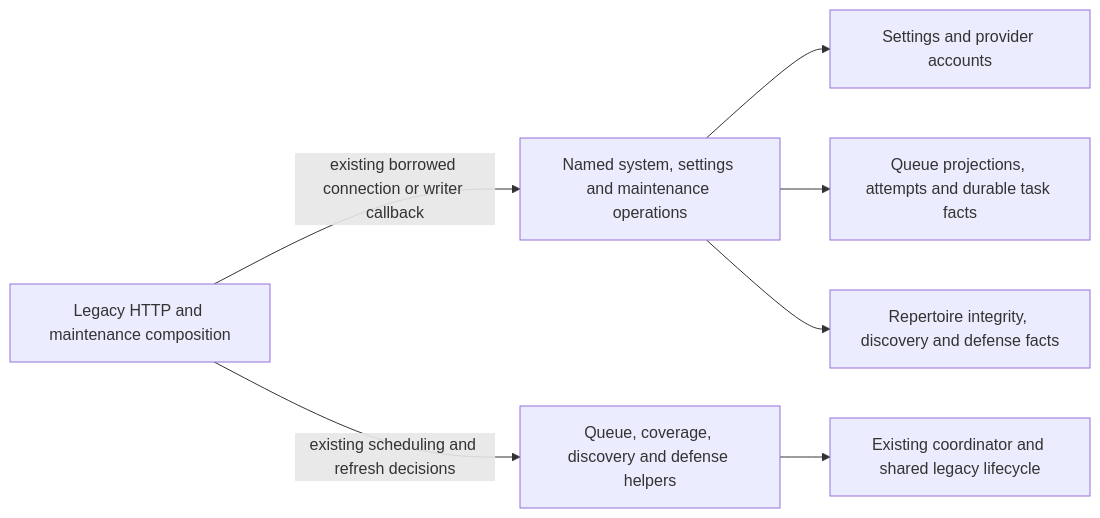
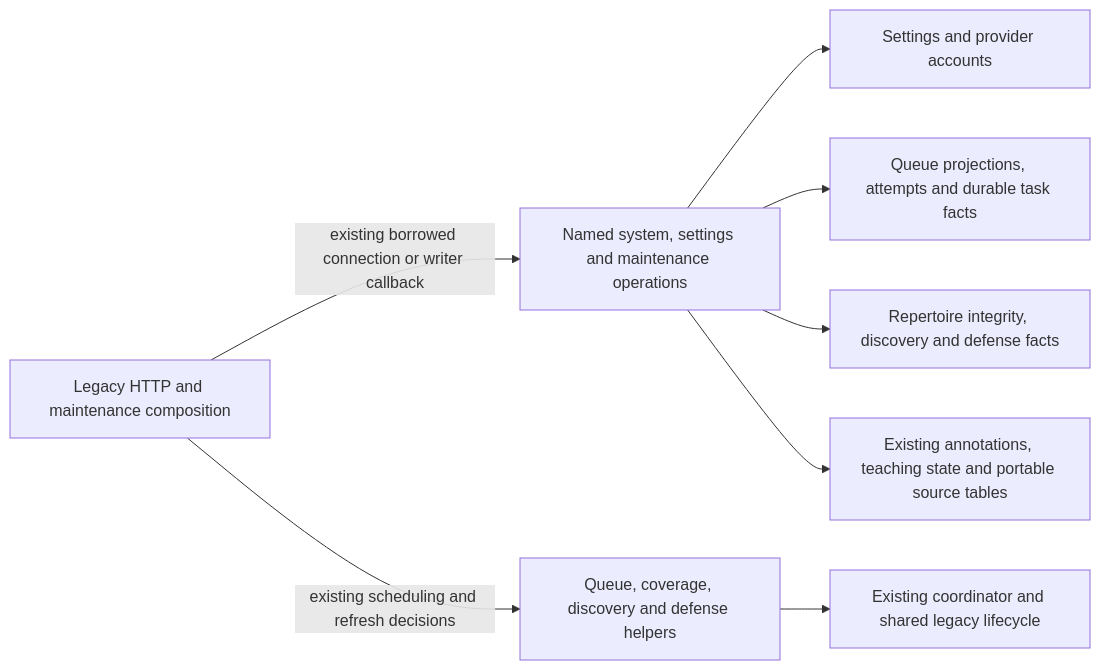
Before and after one commit to aaweaver-actuary/tempo: the diagram in database/tempo_legacy_database/adapters/http_composition/README.md, drawn with Mermaid. The commit also changed other lines of this file and 5 other files, not shown here.

Commit message:
Move repertoire annotations teaching and snapshot queries out of HTTP composition

````diff
--- a/database/tempo_legacy_database/adapters/http_composition/README.md
+++ b/database/tempo_legacy_database/adapters/http_composition/README.md
@@ -14,9 +15,10 @@
 ```mermaid
 flowchart LR
   http[Legacy HTTP and maintenance composition] -->|existing borrowed connection or writer callback| store[Named system, settings and maintenance operations]
   http -->|existing scheduling and refresh decisions| jobs[Queue, coverage, discovery and defense helpers]
   store --> settings[Settings and provider accounts]
   store --> queue[Queue projections, attempts and durable task facts]
   store --> source[Repertoire integrity, discovery and defense facts]
+  store --> authoring[Existing annotations, teaching state and portable source tables]
   jobs --> lifecycle[Existing coordinator and shared legacy lifecycle]
 ```
````
